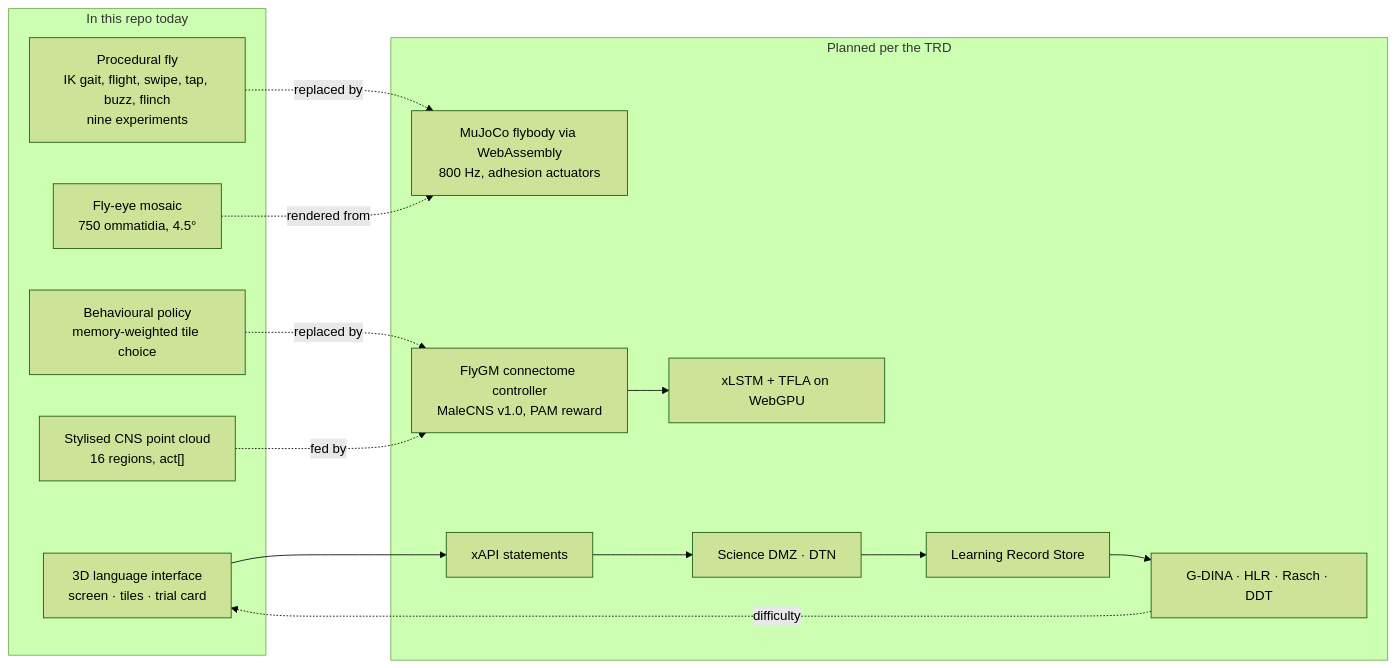
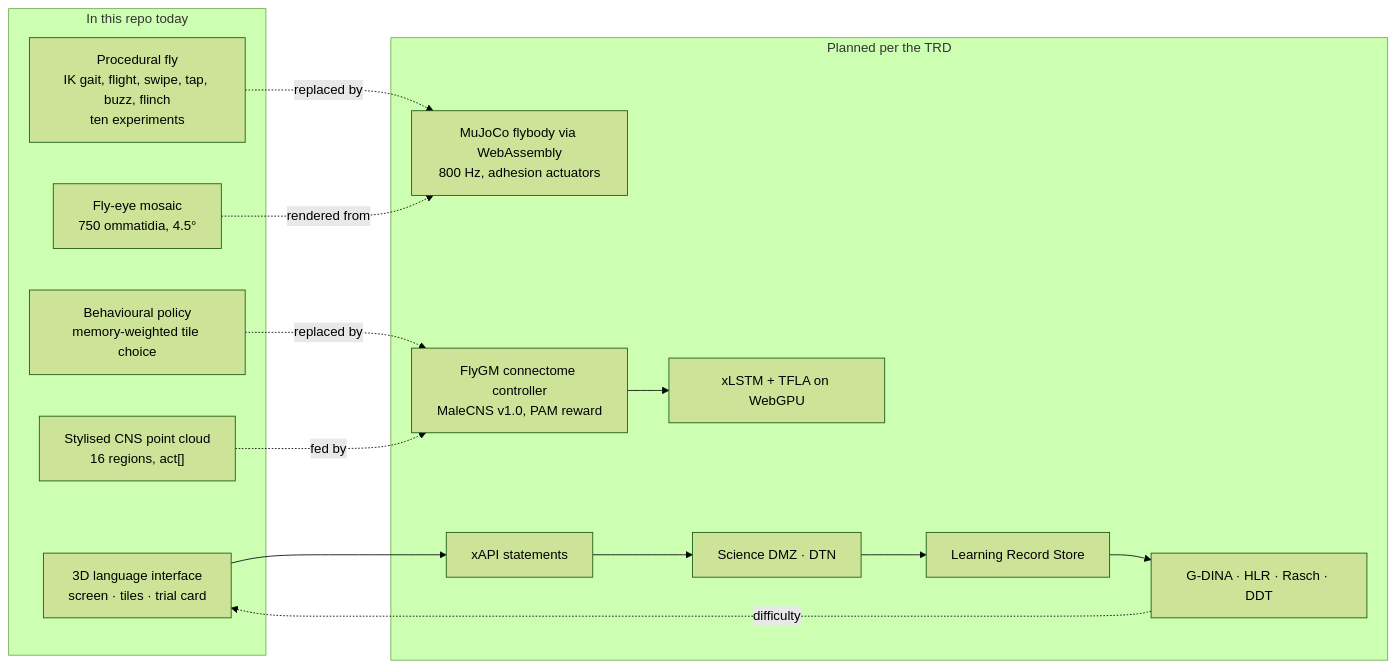
Before and after one commit to jayrosen-design/fly-lingo: the fourth of 4 diagrams in README.md, drawn with Mermaid (forest theme). The commit also changed other lines of this file and 5 other files, not shown here.

````diff
--- a/README.md
+++ b/README.md
@@ -438,26 +455,26 @@
 ```mermaid
 flowchart LR
   subgraph Now["In this repo today"]
     UI["3D language interface<br/>screen · tiles · trial card"]
-    FlyP["Procedural fly<br/>IK gait, flight, swipe, tap, buzz, flinch<br/>nine experiments"]
+    FlyP["Procedural fly<br/>IK gait, flight, swipe, tap, buzz, flinch<br/>ten experiments"]
     Policy["Behavioural policy<br/>memory-weighted tile choice"]
     BrainViz["Stylised CNS point cloud<br/>16 regions, act[]"]
     Eye["Fly-eye mosaic<br/>750 ommatidia, 4.5°"]
   end
   subgraph Planned["Planned per the TRD"]
     MuJoCo["MuJoCo flybody via WebAssembly<br/>800 Hz, adhesion actuators"]
     FlyGM["FlyGM connectome controller<br/>MaleCNS v1.0, PAM reward"]
     xLSTM["xLSTM + TFLA on WebGPU"]
     xAPI["xAPI statements"]
     DMZ["Science DMZ · DTN"]
     LRS["Learning Record Store"]
     Eval["G-DINA · HLR · Rasch · DDT"]
   end
   Policy -. replaced by .-> FlyGM
   FlyP -. replaced by .-> MuJoCo
   BrainViz -. fed by .-> FlyGM
   Eye -. rendered from .-> MuJoCo
   UI --> xAPI --> DMZ --> LRS --> Eval
   Eval -. difficulty .-> UI
   FlyGM --> xLSTM
 ```
````
